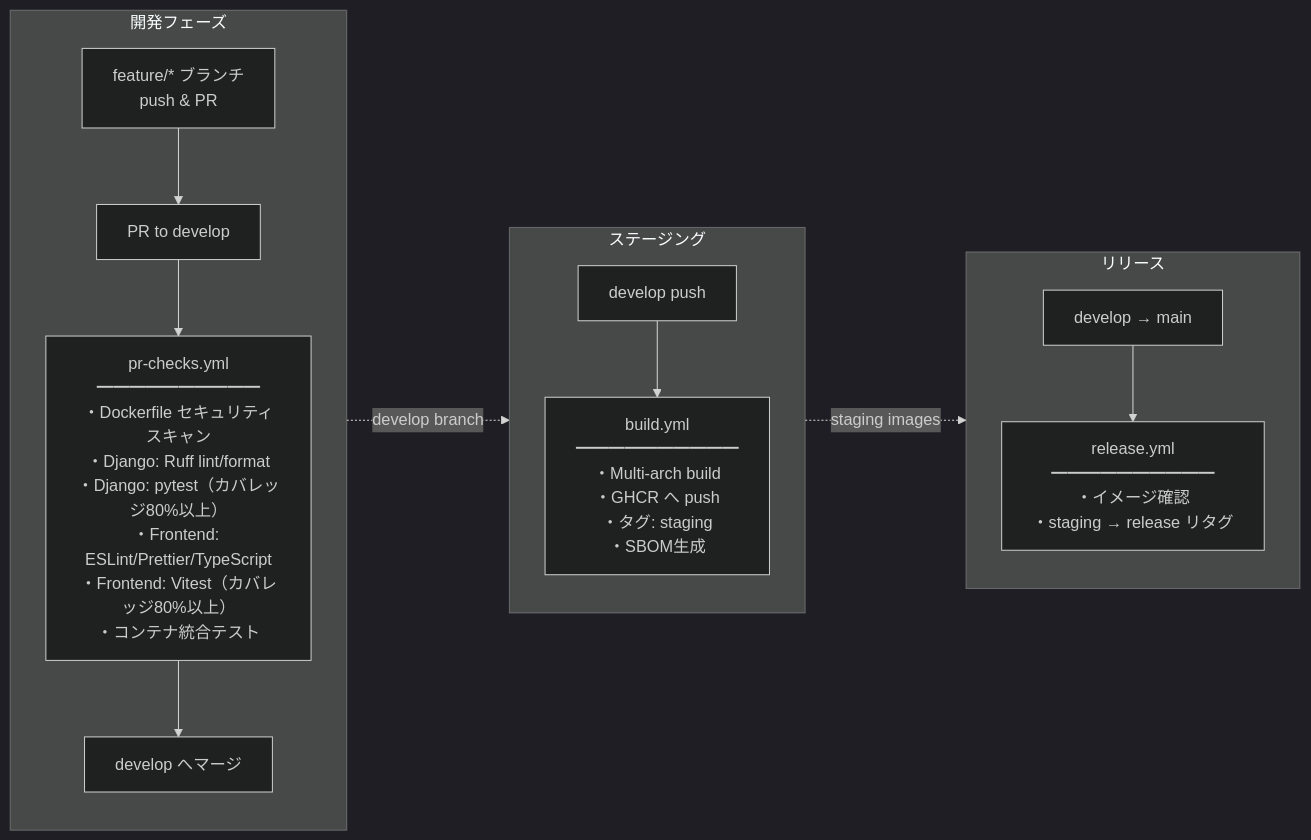
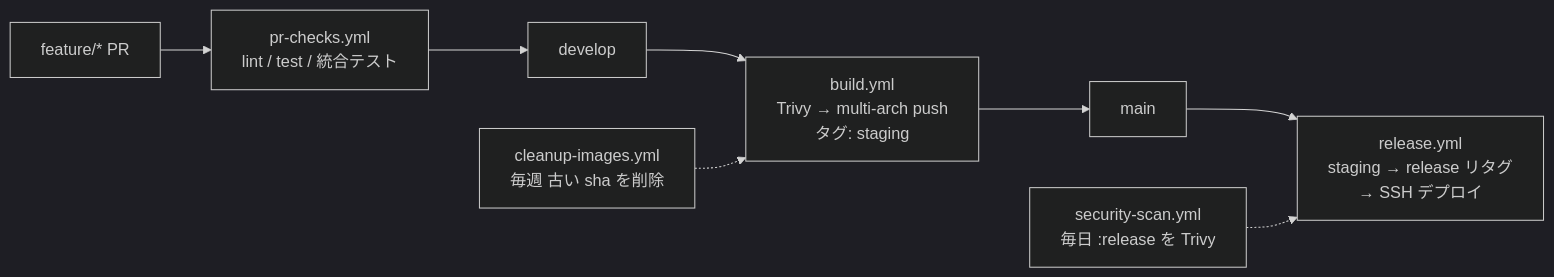
The diagram in README.md (kagiyama-baking/kawashiro-server), drawn with Mermaid (dark theme) before and after one commit. The commit also changed other lines of this file and 1 other file, not shown here.

````diff
--- a/README.md
+++ b/README.md
@@ -272,25 +161,10 @@
 ```mermaid
 flowchart LR
-  subgraph Dev["開発フェーズ"]
-    direction TB
-    A[feature/* ブランチ<br/>push & PR]
-    B[PR to develop]
-    C[pr-checks.yml<br/>━━━━━━━━━━<br/>・Dockerfile セキュリティスキャン<br/>・Django: Ruff lint/format<br/>・Django: pytest（カバレッジ80%以上）<br/>・Frontend: ESLint/Prettier/TypeScript<br/>・Frontend: Vitest（カバレッジ80%以上）<br/>・コンテナ統合テスト]
-    D[develop へマージ]
-    A --> B --> C --> D
-  end
-  subgraph Stg["ステージング"]
-    direction TB
-    E[develop push]
-    F[build.yml<br/>━━━━━━━━━━<br/>・Multi-arch build<br/>・GHCR へ push<br/>・タグ: staging<br/>・SBOM生成]
-    E --> F
-  end
-  subgraph Rel["リリース"]
-    direction TB
-    G[develop → main]
-    H[release.yml<br/>━━━━━━━━━━<br/>・イメージ確認<br/>・staging → release リタグ]
-    G --> H
-  end
-  Dev -.->|develop branch| Stg
-  Stg -.->|staging images| Rel
+  A["feature/* PR"] --> B["pr-checks.yml<br/>lint / test / 統合テスト"]
+  B --> C["develop"]
+  C --> D["build.yml<br/>Trivy → multi-arch push<br/>タグ: staging"]
+  D --> E["main"]
+  E --> F["release.yml<br/>staging → release リタグ<br/>→ SSH デプロイ"]
+  G["security-scan.yml<br/>毎日 :release を Trivy"] -.-> F
+  H["cleanup-images.yml<br/>毎週 古い sha を削除"] -.-> D
 ```
````
